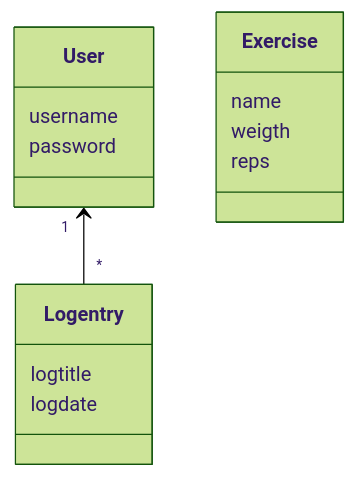
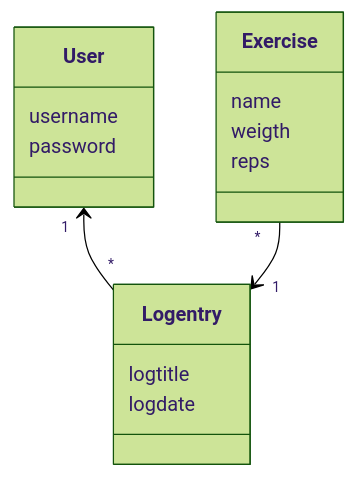
One commit to brotholi/ot-harjoitustyo changed the diagram in dokumentaatio/arkkitehtuuri.md. Above: the diagram before and after it, drawn with Mermaid (forest theme).

````diff
--- a/dokumentaatio/arkkitehtuuri.md
+++ b/dokumentaatio/arkkitehtuuri.md
@@ -1,17 +1,18 @@
 ```mermaid
  classDiagram
       User "1" <-- "*" Logentry
+      Exercise "*" --> "1" Logentry
       class User{
           username
           password
       }
       class Logentry{
           logtitle
           logdate
       }
       class Exercise{
           name
           weigth
           reps
       }
 ```
````
